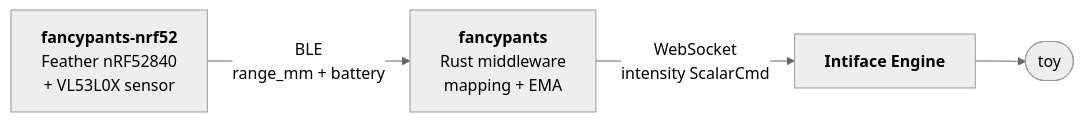
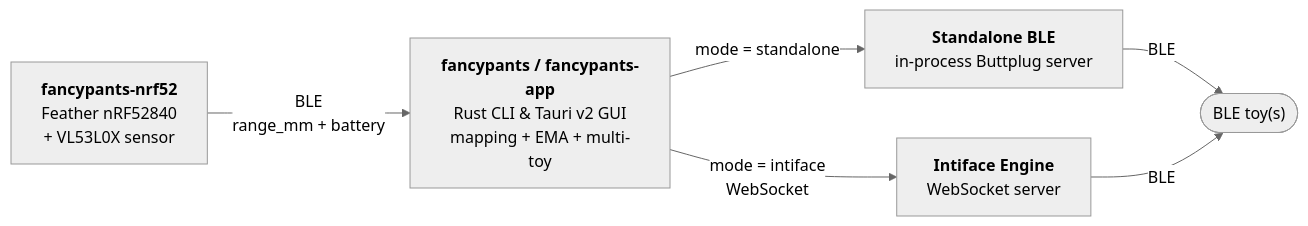
Before and after one commit to goopi34/fancypants: the diagram in README.md, drawn with Mermaid (neutral theme). The commit also changed other lines of this file and 6 other files, not shown here.

````diff
--- a/README.md
+++ b/README.md
@@ -10,10 +17,13 @@
 ```mermaid
 flowchart LR
     fw["<b>fancypants-nrf52</b><br/>Feather nRF52840<br/>+ VL53L0X sensor"]
-    mw["<b>fancypants</b><br/>Rust middleware<br/>mapping + EMA"]
-    engine["<b>Intiface Engine</b>"]
-    toy(["toy"])
+    mw["<b>fancypants / fancypants-app</b><br/>Rust CLI & Tauri v2 GUI<br/>mapping + EMA + multi-toy"]
+    standalone["<b>Standalone BLE</b><br/>in-process Buttplug server"]
+    engine["<b>Intiface Engine</b><br/>WebSocket server"]
+    toy(["BLE toy(s)"])
     fw -- "BLE<br/>range_mm + battery" --> mw
-    mw -- "WebSocket<br/>intensity ScalarCmd" --> engine
-    engine --> toy
+    mw -- "mode = standalone" --> standalone
+    mw -- "mode = intiface<br/>WebSocket" --> engine
+    standalone -- "BLE" --> toy
+    engine -- "BLE" --> toy
 ```
````
